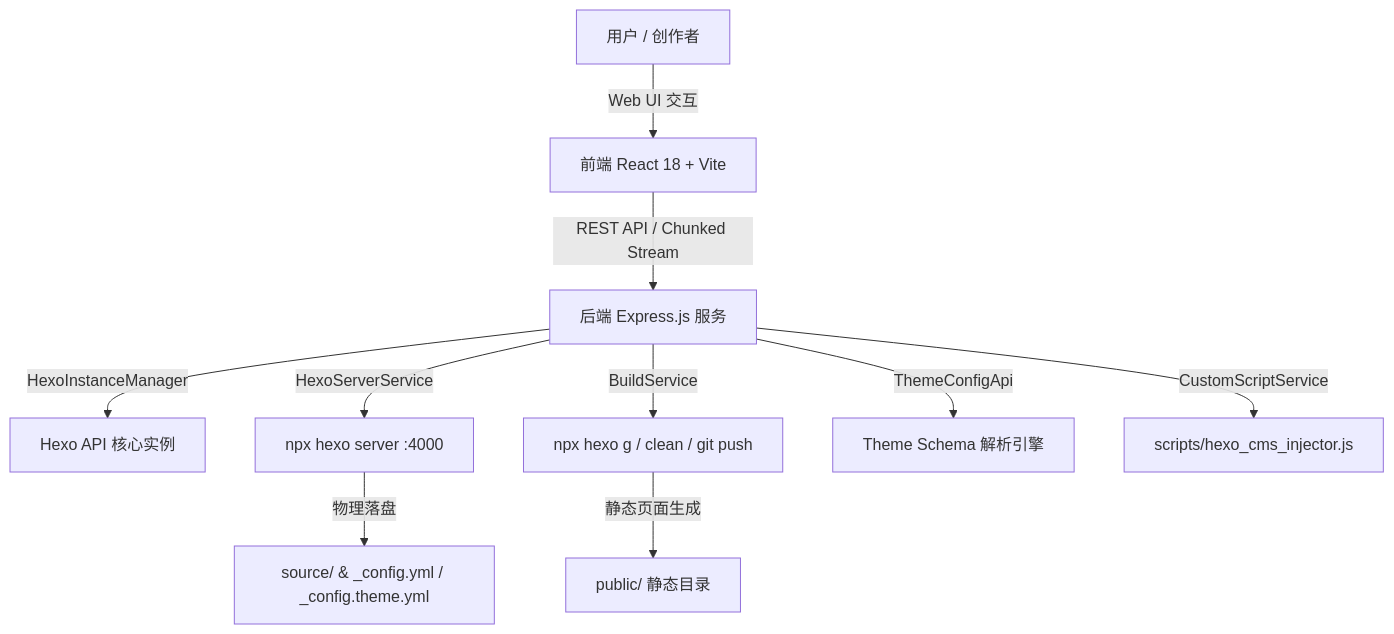
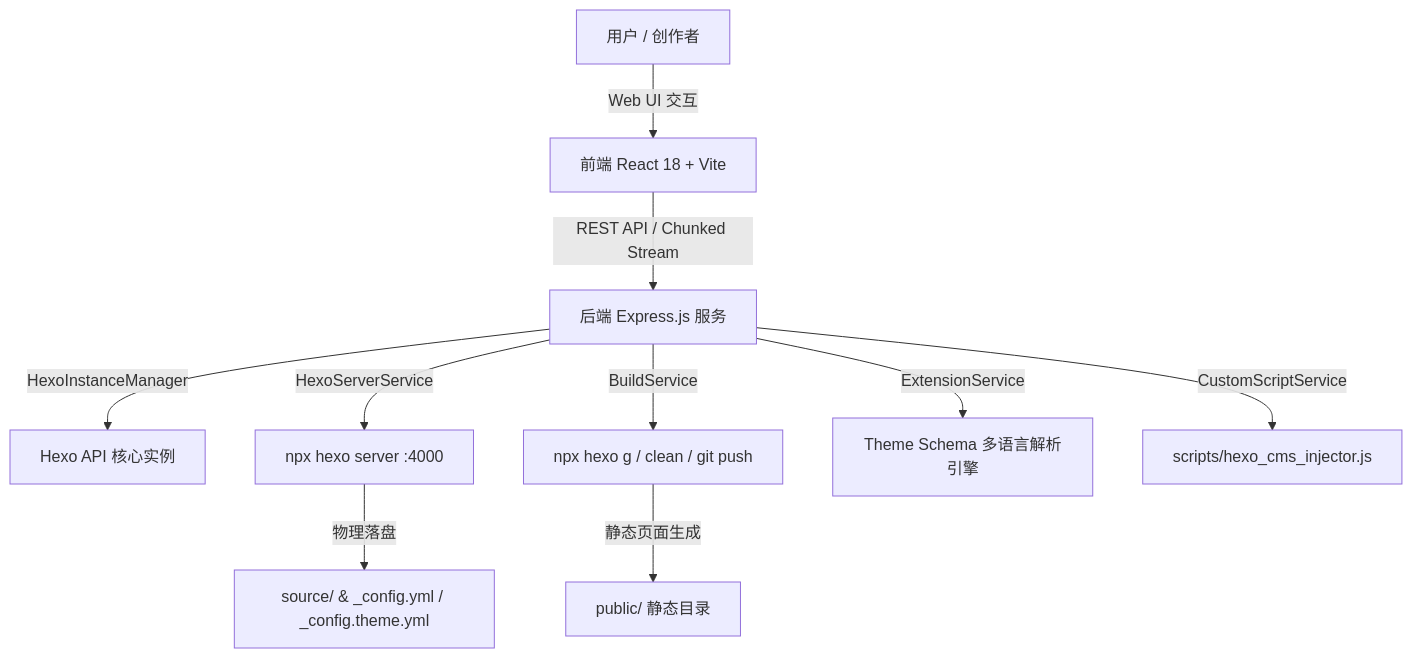
Before and after one commit to base404/hexo-cms: the diagram in README.md, drawn with Mermaid. The commit also changed other lines of this file, not shown here.

````diff
--- a/README.md
+++ b/README.md
@@ -207,14 +206,14 @@
 ```mermaid
 graph TD
   User[用户 / 创作者] -->|Web UI 交互| Client[前端 React 18 + Vite]
   Client -->|REST API / Chunked Stream| Express[后端 Express.js 服务]
   
   Express -->|HexoInstanceManager| HexoCore[Hexo API 核心实例]
   Express -->|HexoServerService| ServerProcess[npx hexo server :4000]
   Express -->|BuildService| CLI[npx hexo g / clean / git push]
-  Express -->|ThemeConfigApi| SchemaEngine[Theme Schema 解析引擎]
+  Express -->|ExtensionService| SchemaEngine[Theme Schema 多语言解析引擎]
   Express -->|CustomScriptService| Injector[scripts/hexo_cms_injector.js]
 
   ServerProcess -->|物理落盘| Disk[source/ & _config.yml / _config.theme.yml]
   CLI -->|静态页面生成| Public[public/ 静态目录]
 ```
````
